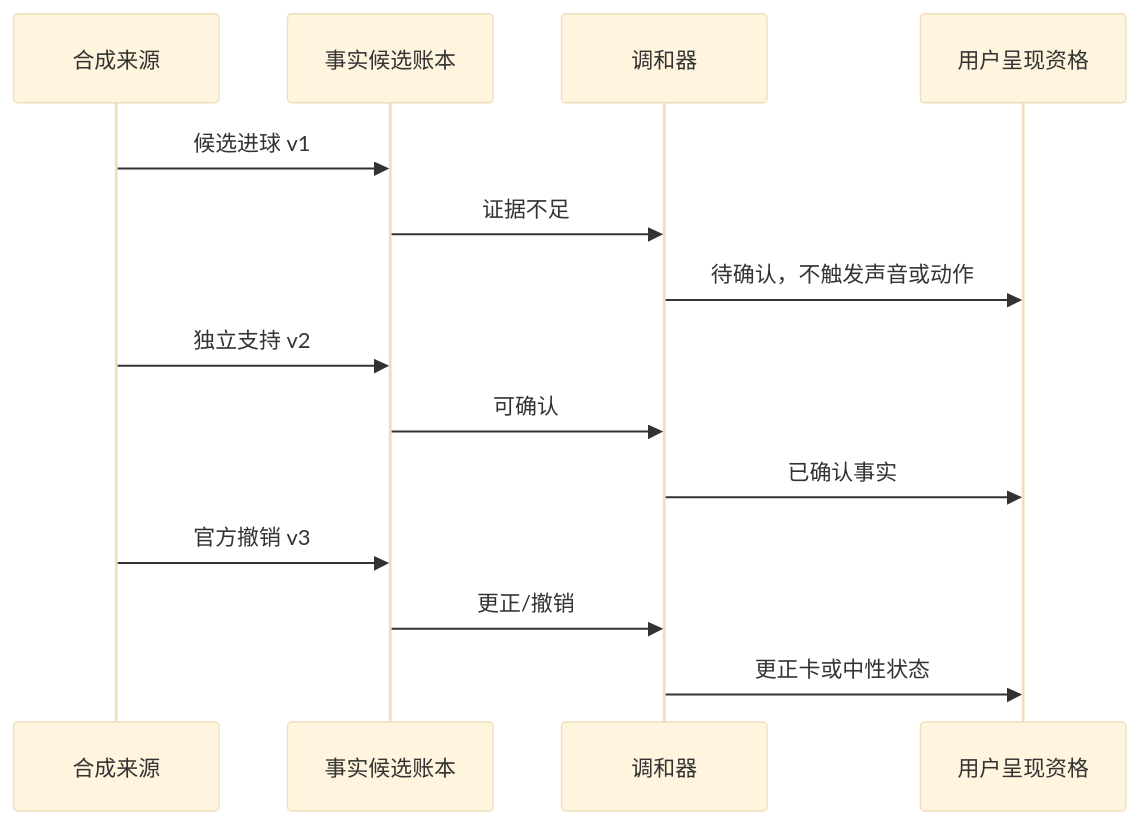
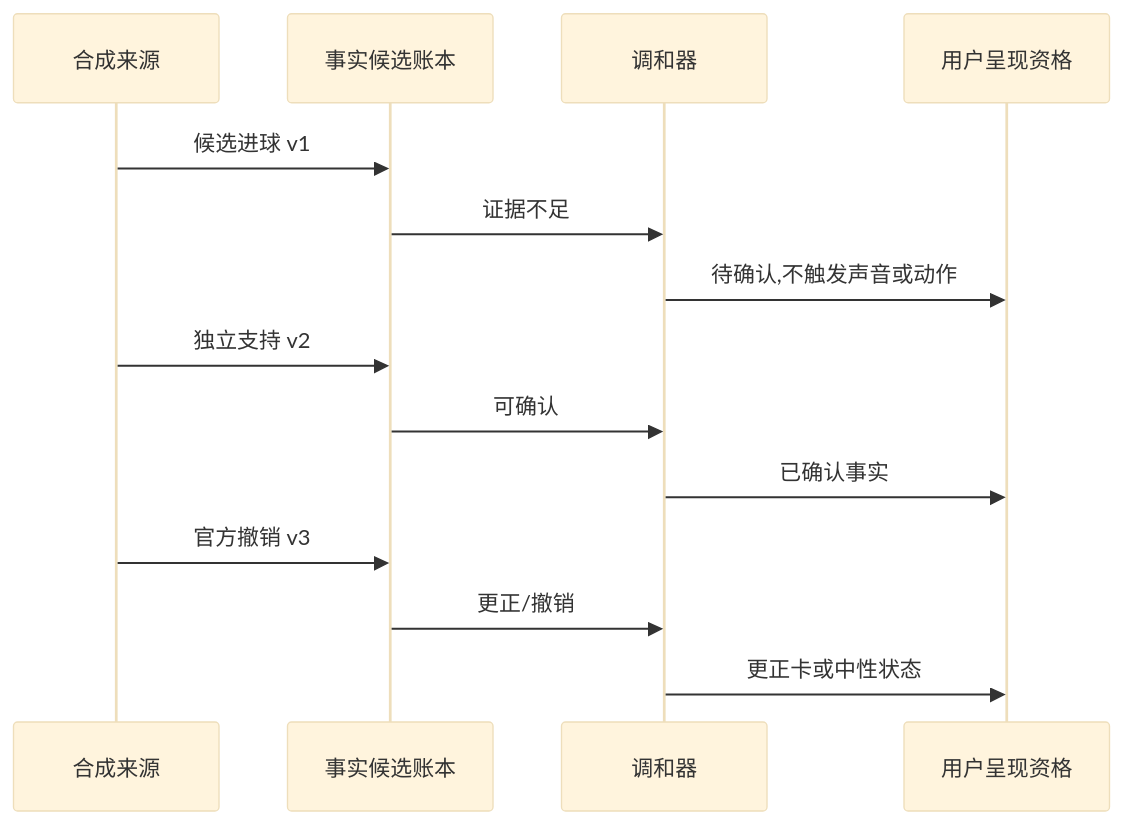
Before and after one commit to weiz98417-crypto/qiuqiu: the third of 16 diagrams in docs/球球全套资料/4.产品设计/44-关键技术POC与方案选型.md, drawn with Mermaid (base theme). The commit also changed other lines of this file and 49 other files, not shown here.

````diff
--- a/docs/球球全套资料/4.产品设计/44-关键技术POC与方案选型.md
+++ b/docs/球球全套资料/4.产品设计/44-关键技术POC与方案选型.md
@@ -59,16 +60,16 @@
 ```mermaid
 sequenceDiagram
     participant S as 合成来源
     participant L as 事实候选账本
     participant R as 调和器
     participant P as 用户呈现资格
     S->>L: 候选进球 v1
     L->>R: 证据不足
-    R->>P: 待确认，不触发声音或动作
+    R->>P: 待确认,不触发声音或动作
     S->>L: 独立支持 v2
     L->>R: 可确认
     R->>P: 已确认事实
     S->>L: 官方撤销 v3
     L->>R: 更正/撤销
     R->>P: 更正卡或中性状态
 ```
````
